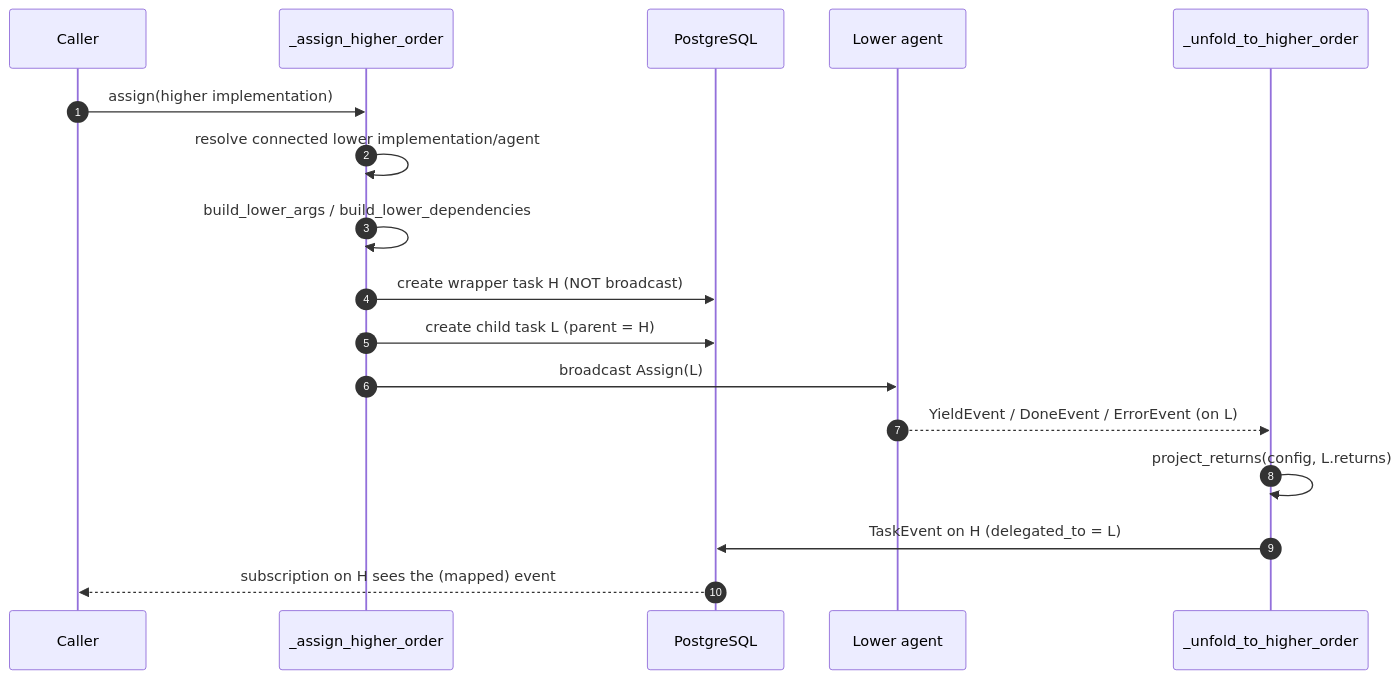
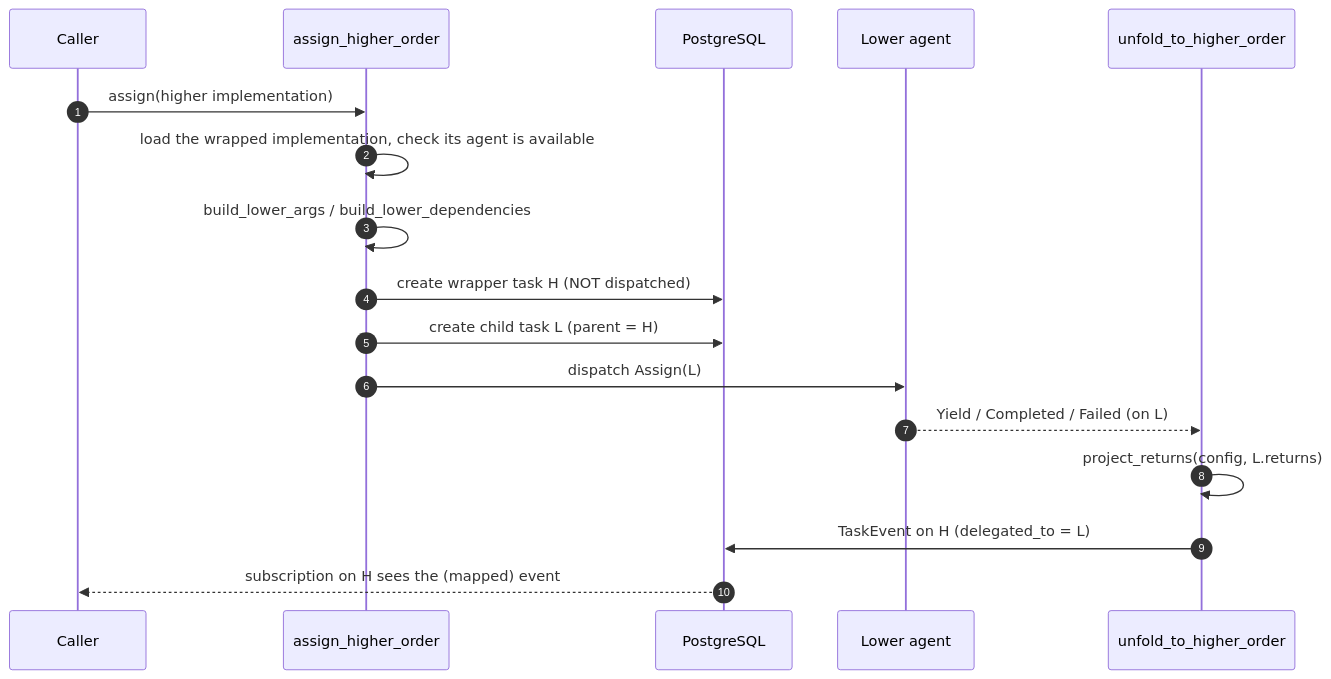
Before and after one commit to arkitektio/rekuest-server: the diagram in docs/design/higher-order.md, drawn with Mermaid. The commit also changed other lines of this file and 21 other files, not shown here.

````diff
--- a/docs/design/higher-order.md
+++ b/docs/design/higher-order.md
@@ -39,20 +52,20 @@
 ```mermaid
 sequenceDiagram
     autonumber
     participant C as Caller
-    participant BE as _assign_higher_order
+    participant BE as assign_higher_order
     participant DB as PostgreSQL
     participant AG as Lower agent
-    participant PB as _unfold_to_higher_order
+    participant PB as unfold_to_higher_order
 
     C->>BE: assign(higher implementation)
-    BE->>BE: resolve connected lower implementation/agent
+    BE->>BE: load the wrapped implementation, check its agent is available
     BE->>BE: build_lower_args / build_lower_dependencies
-    BE->>DB: create wrapper task H (NOT broadcast)
+    BE->>DB: create wrapper task H (NOT dispatched)
     BE->>DB: create child task L (parent = H)
-    BE->>AG: broadcast Assign(L)
-    AG-->>PB: YieldEvent / DoneEvent / ErrorEvent (on L)
+    BE->>AG: dispatch Assign(L)
+    AG-->>PB: Yield / Completed / Failed (on L)
     PB->>PB: project_returns(config, L.returns)
     PB->>DB: TaskEvent on H (delegated_to = L)
     DB-->>C: subscription on H sees the (mapped) event
 ```
````
